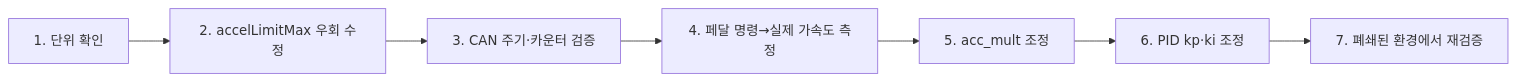
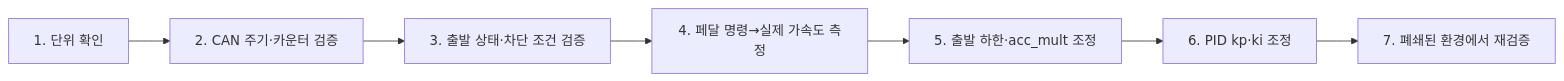
The eighth of 8 diagrams in docs/comma_pedal.md (parksunkyu81/equinox-0.8.14-origin), drawn with Mermaid before and after one commit. The commit also changed other lines of this file and 14 other files, not shown here.

````diff
--- a/docs/comma_pedal.md
+++ b/docs/comma_pedal.md
@@ -433,9 +521,9 @@
 ```mermaid
 flowchart LR
-  A["1. 단위 확인"] --> B["2. accelLimitMax 우회 수정"]
-  B --> C["3. CAN 주기·카운터 검증"]
+  A["1. 단위 확인"] --> B["2. CAN 주기·카운터 검증"]
+  B --> C["3. 출발 상태·차단 조건 검증"]
   C --> D["4. 페달 명령→실제 가속도 측정"]
-  D --> E["5. acc_mult 조정"]
+  D --> E["5. 출발 하한·acc_mult 조정"]
   E --> F["6. PID kp·ki 조정"]
   F --> G["7. 폐쇄된 환경에서 재검증"]
 ```
````
